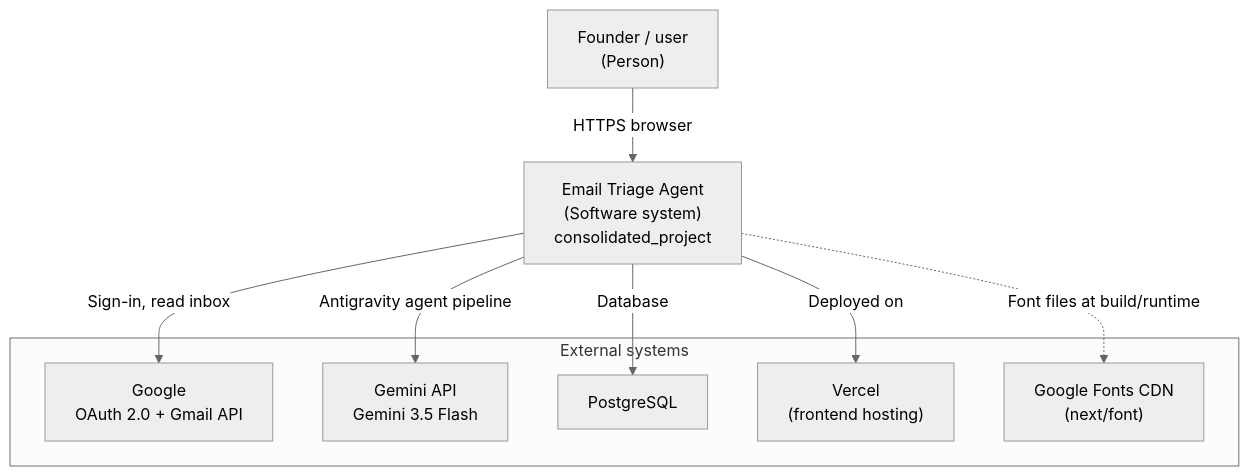
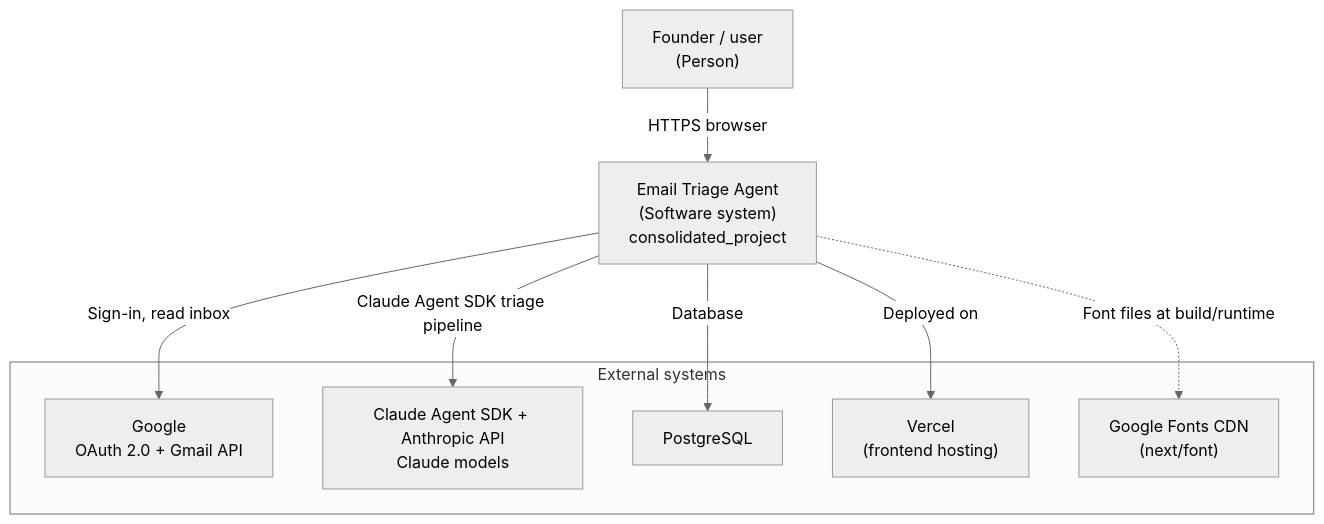
The first of 2 diagrams in docs/architecture-retrospective.md (CSEN-SCU/csen-174-s26-team-project-email-triage-agent), drawn with Mermaid (neutral theme) before and after one commit. The commit also changed other lines of this file and 1 other file, not shown here.

Commit message:
updated architecture to match final project

````diff
--- a/docs/architecture-retrospective.md
+++ b/docs/architecture-retrospective.md
@@ -31,21 +31,21 @@
 ```mermaid
 flowchart TB
   founder["Founder / user\n(Person)"]
 
   system["Email Triage Agent\n(Software system)\nconsolidated_project"]
 
   subgraph external["External systems"]
     google["Google\nOAuth 2.0 + Gmail API"]
-    antigravity["Gemini API\nGemini 3.5 Flash"]
+    claude["Claude Agent SDK + Anthropic API\nClaude models"]
     postgres["PostgreSQL"]
     vercel["Vercel\n(frontend hosting)"]
     gfonts["Google Fonts CDN\n(next/font)"]
   end
 
   founder -->|"HTTPS browser"| system
   system -->|"Deployed on"| vercel
   system -->|"Sign-in, read inbox"| google
-  system -->|"Antigravity agent pipeline"| antigravity
+  system -->|"Claude Agent SDK triage pipeline"| claude
   system -->|"Database"| postgres
   system -.->|"Font files at build/runtime"| gfonts
 ```
````
